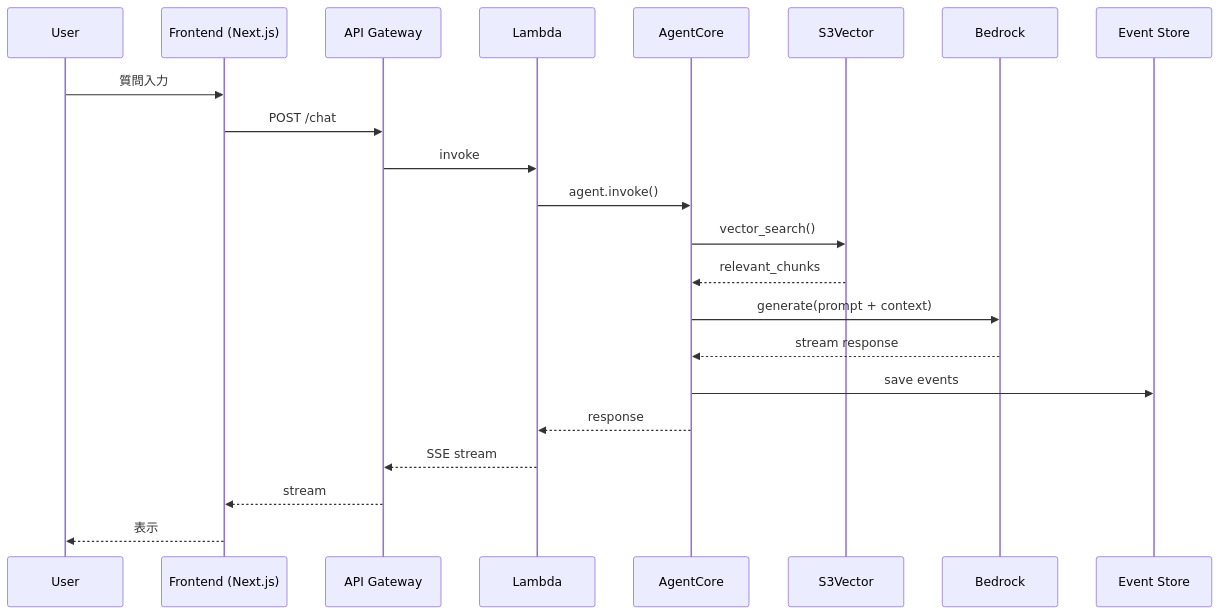
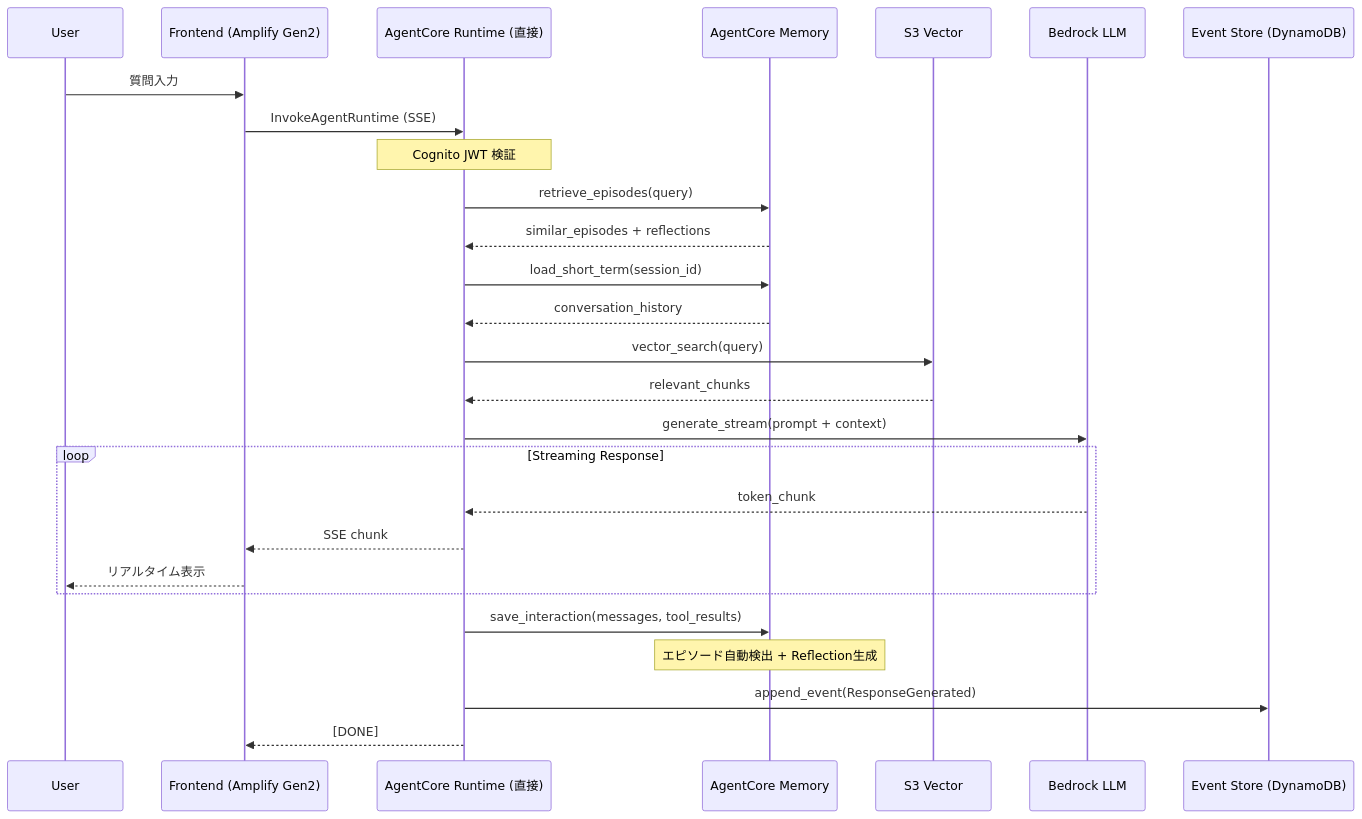
The first of 2 diagrams in 02-architecture/02-system-architecture.md (aezisai-inc/ai-agent-core-microservice-prot), drawn with Mermaid before and after one commit. The commit also changed other lines of this file and 5 other files, not shown here.

First line of the commit message:
docs: AgentCore Runtime + Amplify Gen2 設計ドキュメント完全更新

````diff
--- a/02-architecture/02-system-architecture.md
+++ b/02-architecture/02-system-architecture.md
@@ -90,28 +469,39 @@
 ```mermaid
 sequenceDiagram
     participant User
-    participant FE as Frontend (Next.js)
-    participant API as API Gateway
-    participant Lambda
-    participant AC as AgentCore
-    participant S3V as S3Vector
-    participant BR as Bedrock
-    participant ES as Event Store
+    participant FE as Frontend (Amplify Gen2)
+    participant RT as AgentCore Runtime (直接)
+    participant MEM as AgentCore Memory
+    participant S3V as S3 Vector
+    participant BR as Bedrock LLM
+    participant ES as Event Store (DynamoDB)
 
     User->>FE: 質問入力
-    FE->>API: POST /chat
-    API->>Lambda: invoke
+    FE->>RT: InvokeAgentRuntime (SSE)
     
-    Lambda->>AC: agent.invoke()
-    AC->>S3V: vector_search()
-    S3V-->>AC: relevant_chunks
+    Note over RT: Cognito JWT 検証
     
-    AC->>BR: generate(prompt + context)
-    BR-->>AC: stream response
+    RT->>MEM: retrieve_episodes(query)
+    MEM-->>RT: similar_episodes + reflections
     
-    AC->>ES: save events
-    AC-->>Lambda: response
-    Lambda-->>API: SSE stream
-    API-->>FE: stream
-    FE-->>User: 表示
+    RT->>MEM: load_short_term(session_id)
+    MEM-->>RT: conversation_history
+    
+    RT->>S3V: vector_search(query)
+    S3V-->>RT: relevant_chunks
+    
+    RT->>BR: generate_stream(prompt + context)
+    
+    loop Streaming Response
+        BR-->>RT: token_chunk
+        RT-->>FE: SSE chunk
+        FE-->>User: リアルタイム表示
+    end
+    
+    RT->>MEM: save_interaction(messages, tool_results)
+    Note over MEM: エピソード自動検出 + Reflection生成
+    
+    RT->>ES: append_event(ResponseGenerated)
+    
+    RT-->>FE: [DONE]
 ```
````
